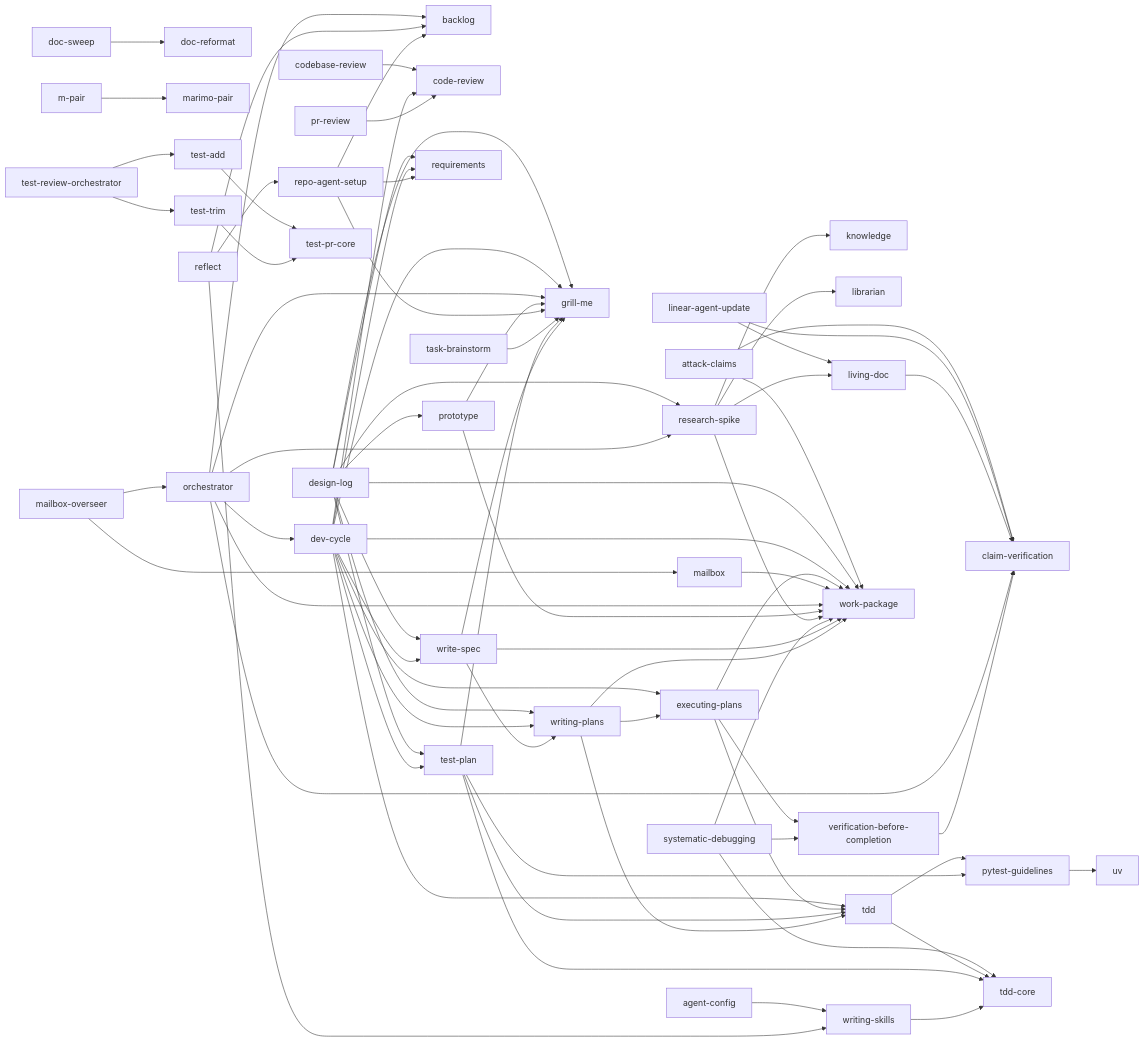
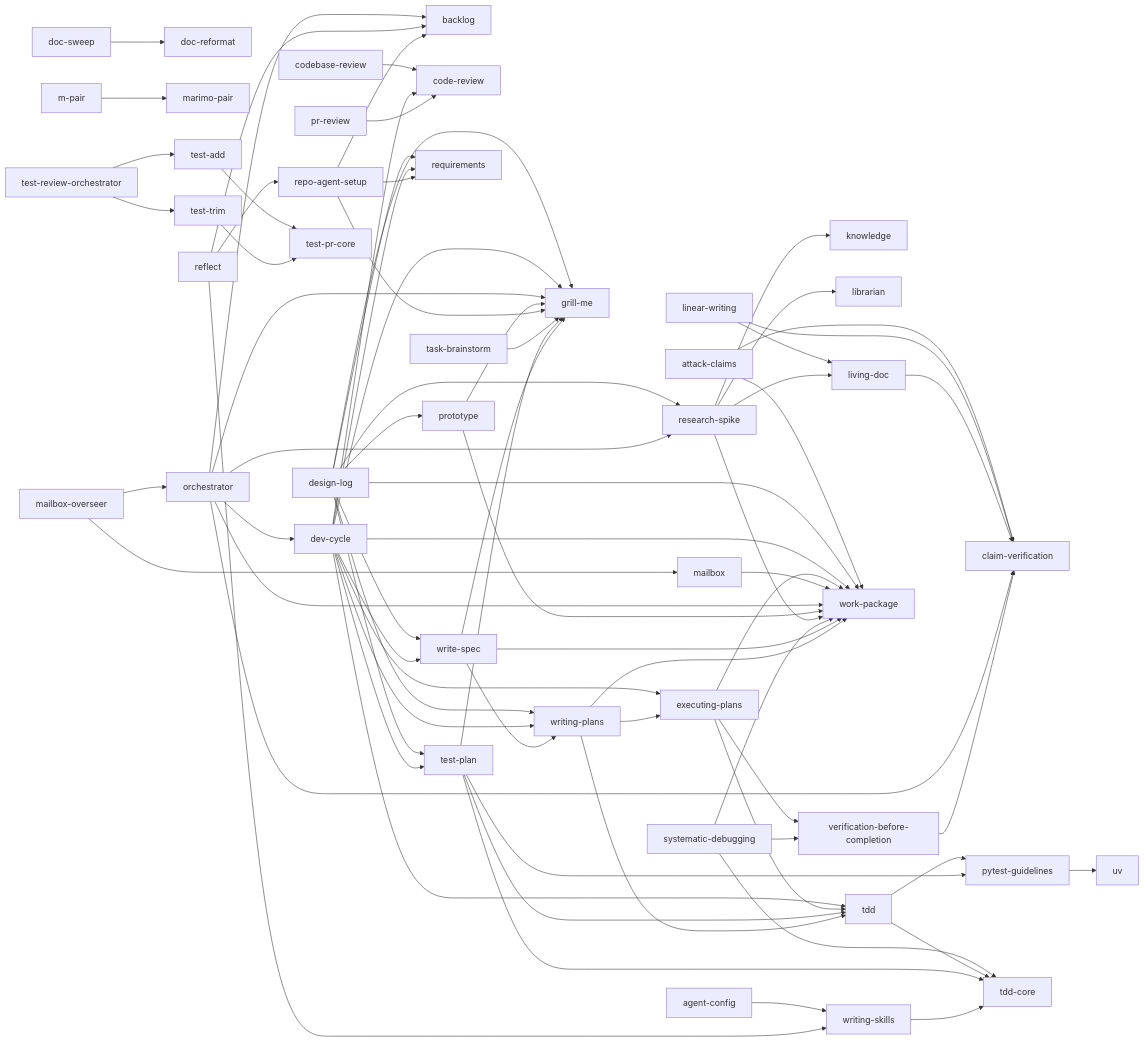
The diagram in README.md (Haydeni0/agent-config), drawn with Mermaid before and after one commit. The commit also changed 1 other file, not shown here.

Commit message:
feat(skills): linear-agent-update -> linear-writing - Cursor-safe trigger, harness-neutral tool names
Backlog #96: Cursor truncates skill descriptions to ~120 chars, which cut
off the save_issue trigger clause - an agent in Cursor wrote a Linear issue
without loading the skill. The description now front-loads all three Linear
write tools (save_issue, save_comment, save_diff_comment) inside 112 chars.
Renamed to linear-writing (the old name read comments-only). Body names the
Linear MCP server's own tool names bare - no mcp__linear__* prefixes - so
each harness's model maps them onto whatever spelling it sees.

Trigger-validated with the skill-creator optimizer on the local gateway
(glm-5.3): real project-level skill install, whole-session Skill-call
detection, 20-query eval set, 3 runs per query - train 12/12, test 7/8
(single miss is the benchmark-first query, an eval-timeout artifact).
Skill map regenerated for the rename.

```diff
--- a/README.md
+++ b/README.md
@@ -204,7 +204,7 @@
     %% kubectl[kubectl]
     %% lavish[lavish]
     librarian[librarian]
-    linear_agent_update[linear-agent-update]
+    linear_writing[linear-writing]
     living_doc[living-doc]
     m_pair[m-pair]
     mailbox[mailbox]
@@ -273,8 +273,8 @@
     executing_plans --> tdd
     executing_plans --> verification_before_completion
     executing_plans --> work_package
-    linear_agent_update --> living_doc
-    linear_agent_update --> claim_verification
+    linear_writing --> living_doc
+    linear_writing --> claim_verification
     living_doc --> claim_verification
     m_pair --> marimo_pair
     mailbox --> work_package
```
